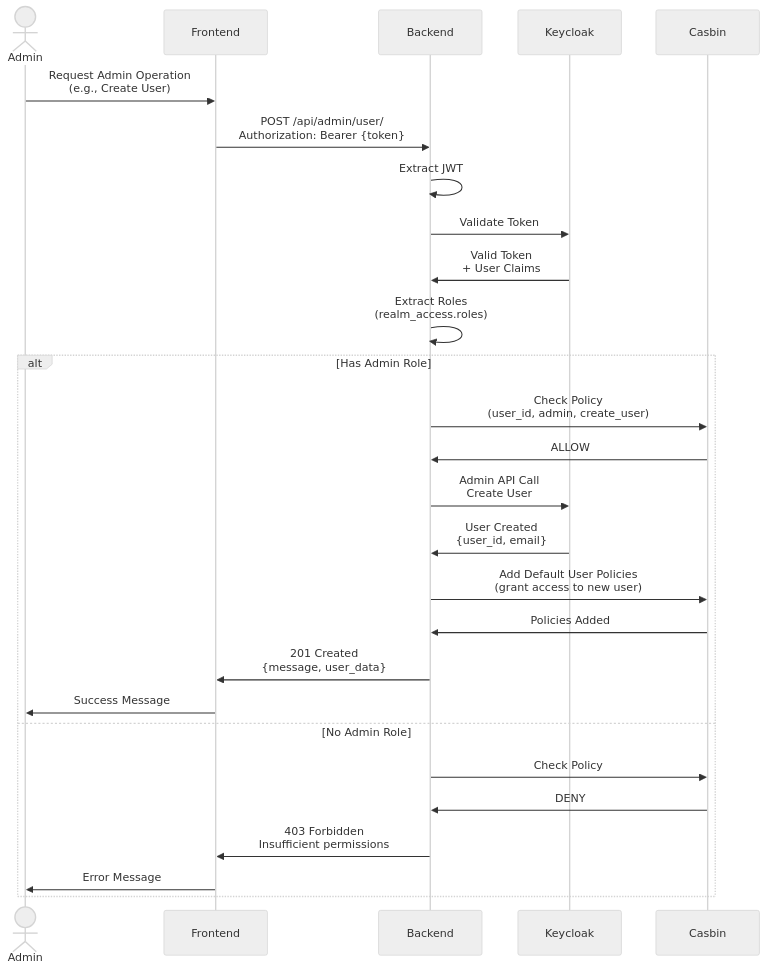
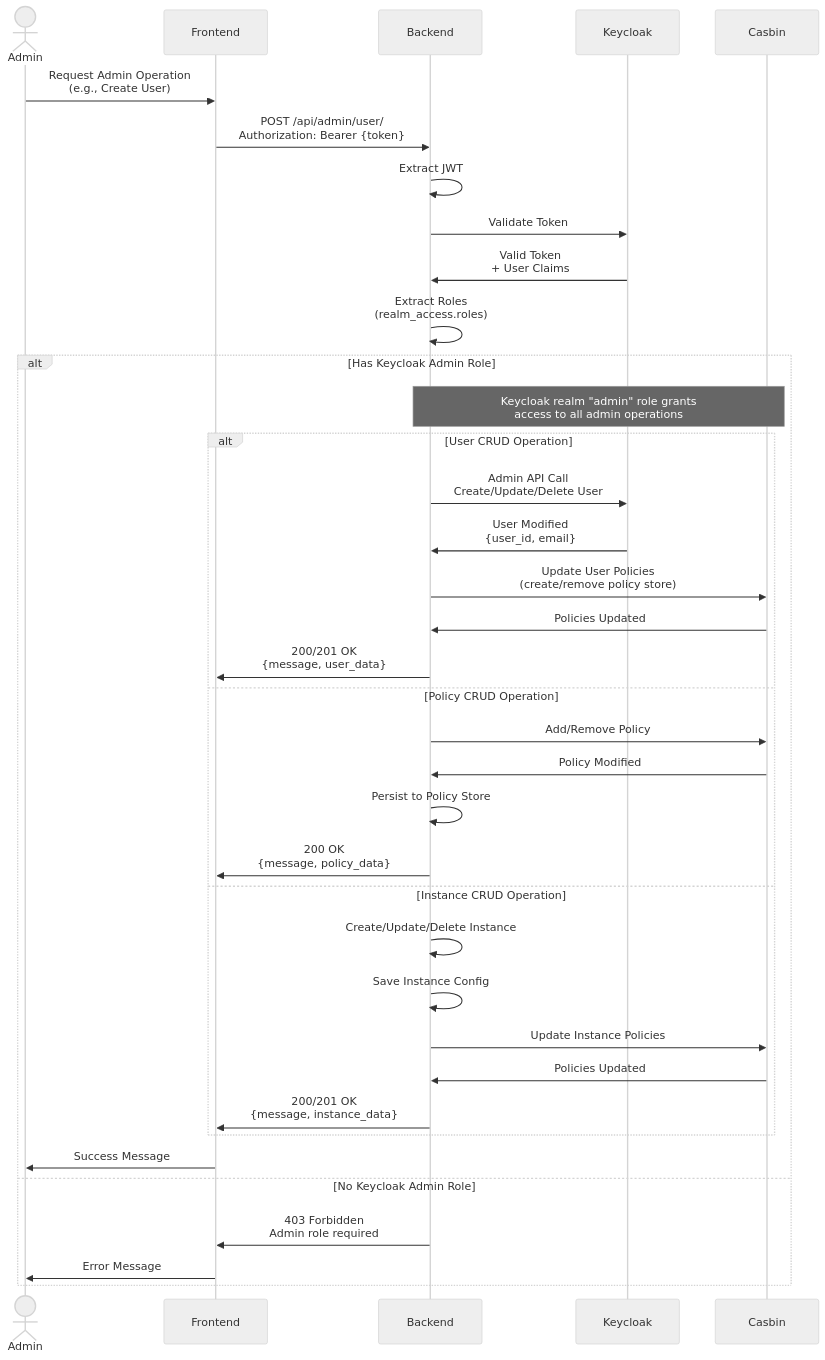
One commit to INN-SFU/Data-Portal changed the third of 6 diagrams in docs/diagrams/sequence-authentication.md. Above: the diagram before and after it, drawn with Mermaid (neutral theme). The commit also changed other lines of this file and 2 other files, not shown here.

Commit message:
docs: diagram updates

````diff
--- a/docs/diagrams/sequence-authentication.md
+++ b/docs/diagrams/sequence-authentication.md
@@ -99,37 +99,46 @@
 ```mermaid
 sequenceDiagram
     actor Admin
     participant Frontend
     participant Backend
     participant Keycloak
     participant Casbin
 
     Admin->>Frontend: Request Admin Operation<br/>(e.g., Create User)
     Frontend->>Backend: POST /api/admin/user/<br/>Authorization: Bearer {token}
 
     Backend->>Backend: Extract JWT
     Backend->>Keycloak: Validate Token
     Keycloak->>Backend: Valid Token<br/>+ User Claims
 
     Backend->>Backend: Extract Roles<br/>(realm_access.roles)
 
-    alt Has Admin Role
-        Backend->>Casbin: Check Policy<br/>(user_id, admin, create_user)
-        Casbin->>Backend: ALLOW
+    alt Has Keycloak Admin Role
+        Note over Backend,Casbin: Keycloak realm "admin" role grants<br/>access to all admin operations
 
-        Backend->>Keycloak: Admin API Call<br/>Create User
-        Keycloak->>Backend: User Created<br/>{user_id, email}
+        alt User CRUD Operation
+            Backend->>Keycloak: Admin API Call<br/>Create/Update/Delete User
+            Keycloak->>Backend: User Modified<br/>{user_id, email}
+            Backend->>Casbin: Update User Policies<br/>(create/remove policy store)
+            Casbin->>Backend: Policies Updated
+            Backend->>Frontend: 200/201 OK<br/>{message, user_data}
+        else Policy CRUD Operation
+            Backend->>Casbin: Add/Remove Policy
+            Casbin->>Backend: Policy Modified
+            Backend->>Backend: Persist to Policy Store
+            Backend->>Frontend: 200 OK<br/>{message, policy_data}
+        else Instance CRUD Operation
+            Backend->>Backend: Create/Update/Delete Instance
+            Backend->>Backend: Save Instance Config
+            Backend->>Casbin: Update Instance Policies
+            Casbin->>Backend: Policies Updated
+            Backend->>Frontend: 200/201 OK<br/>{message, instance_data}
+        end
 
-        Backend->>Casbin: Add Default User Policies<br/>(grant access to new user)
-        Casbin->>Backend: Policies Added
-
-        Backend->>Frontend: 201 Created<br/>{message, user_data}
         Frontend->>Admin: Success Message
 
-    else No Admin Role
-        Backend->>Casbin: Check Policy
-        Casbin->>Backend: DENY
-        Backend->>Frontend: 403 Forbidden<br/>Insufficient permissions
+    else No Keycloak Admin Role
+        Backend->>Frontend: 403 Forbidden<br/>Admin role required
         Frontend->>Admin: Error Message
     end
 ```
````
